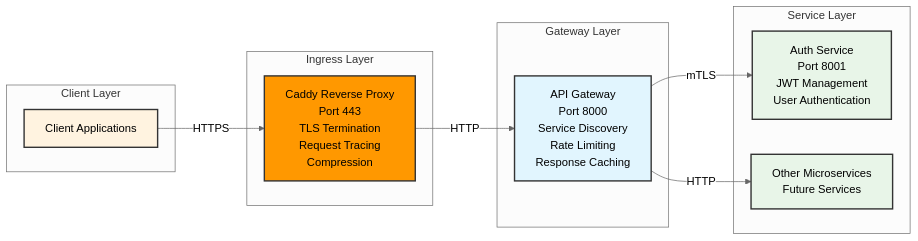
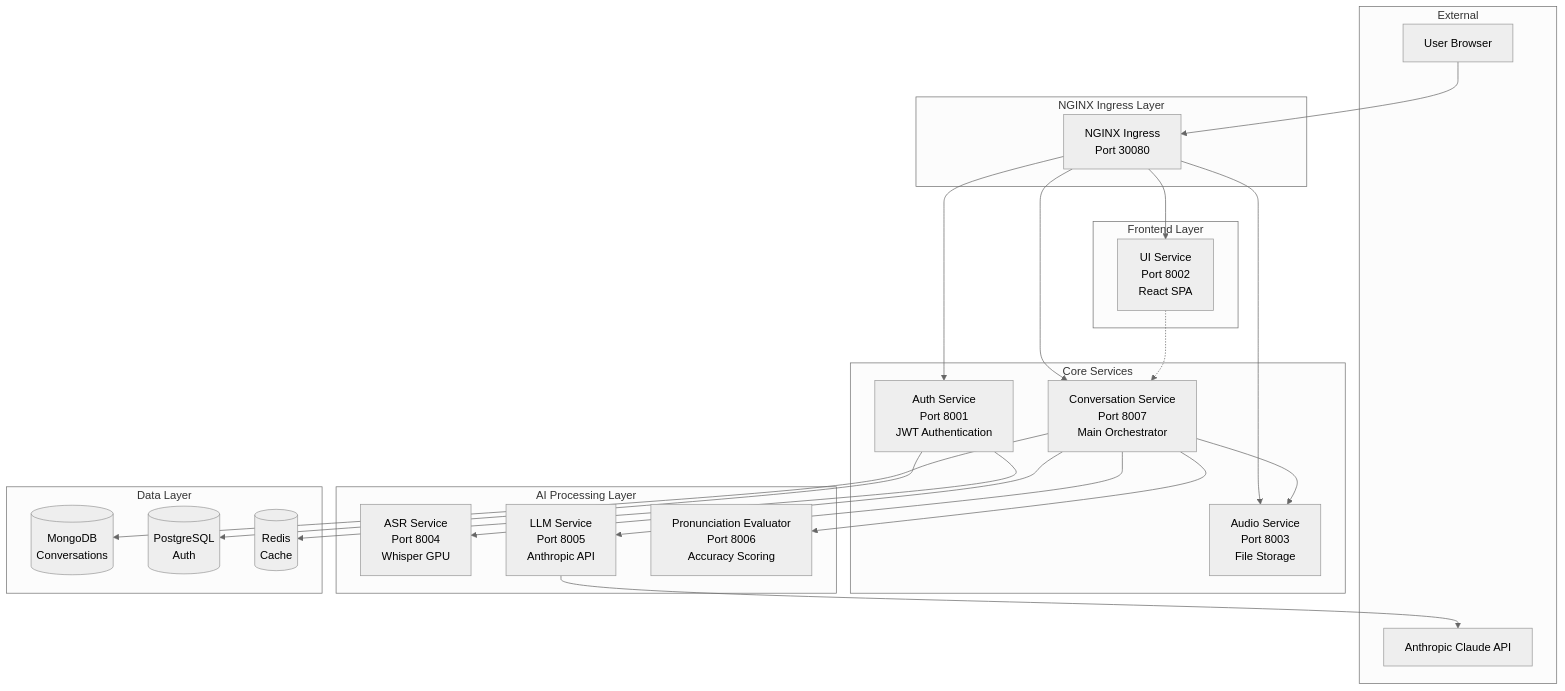
Before and after one commit to sudhan-m/munshi: the diagram in docs/architecture/PROJECT_STRUCTURE.md, drawn with Mermaid (neutral theme). The commit also changed other lines of this file and 164 other files, not shown here.

First line of the commit message:
feat: implement comprehensive Helm charts for Munshi platform deployment

````diff
--- a/docs/architecture/PROJECT_STRUCTURE.md
+++ b/docs/architecture/PROJECT_STRUCTURE.md
@@ -117,34 +208,50 @@
 ```mermaid
-graph LR
-    subgraph "Client Layer"
-        CLIENT[Client Applications]
+graph TB
+    subgraph "External"
+        USER[User Browser]
+        ANTHROPIC[Anthropic Claude API]
     end
     
-    subgraph "Ingress Layer"
-        CADDY[Caddy Reverse Proxy<br/>Port 443<br/>TLS Termination<br/>Request Tracing<br/>Compression]
+    subgraph "NGINX Ingress Layer"
+        NGINX[NGINX Ingress<br/>Port 30080]
     end
     
-    subgraph "Gateway Layer"
-        GATEWAY[API Gateway<br/>Port 8000<br/>Service Discovery<br/>Rate Limiting<br/>Response Caching]
+    subgraph "Frontend Layer"
+        UI[UI Service<br/>Port 8002<br/>React SPA]
     end
     
-    subgraph "Service Layer"
-        AUTH[Auth Service<br/>Port 8001<br/>JWT Management<br/>User Authentication]
-        OTHER[Other Microservices<br/>Future Services]
+    subgraph "Core Services"
+        CONV[Conversation Service<br/>Port 8007<br/>Main Orchestrator]
+        AUTH[Auth Service<br/>Port 8001<br/>JWT Authentication]
+        AUDIO[Audio Service<br/>Port 8003<br/>File Storage]
     end
     
-    CLIENT -->|HTTPS| CADDY
-    CADDY -->|HTTP| GATEWAY
-    GATEWAY -->|mTLS| AUTH
-    GATEWAY -->|HTTP| OTHER
+    subgraph "AI Processing Layer"
+        ASR[ASR Service<br/>Port 8004<br/>Whisper GPU]
+        LLM[LLM Service<br/>Port 8005<br/>Anthropic API]
+        EVAL[Pronunciation Evaluator<br/>Port 8006<br/>Accuracy Scoring]
+    end
     
-    classDef client fill:#fff3e0,stroke:#333,stroke-width:2px
-    classDef ingress fill:#ff9800,stroke:#333,stroke-width:2px
-    classDef gateway fill:#e1f5fe,stroke:#333,stroke-width:2px
-    classDef service fill:#e8f5e8,stroke:#333,stroke-width:2px
+    subgraph "Data Layer"
+        MONGO[(MongoDB<br/>Conversations)]
+        PG[(PostgreSQL<br/>Auth)]
+        REDIS[(Redis<br/>Cache)]
+    end
     
-    class CLIENT client
-    class CADDY ingress
-    class GATEWAY gateway
-    class AUTH,OTHER service
+    USER --> NGINX
+    NGINX --> UI
+    NGINX --> CONV
+    NGINX --> AUTH
+    NGINX --> AUDIO
+    
+    UI -.-> CONV
+    CONV --> ASR
+    CONV --> LLM
+    CONV --> EVAL
+    CONV --> AUDIO
+    CONV --> MONGO
+    
+    LLM --> ANTHROPIC
+    AUTH --> PG
+    AUTH --> REDIS
 ```
````
